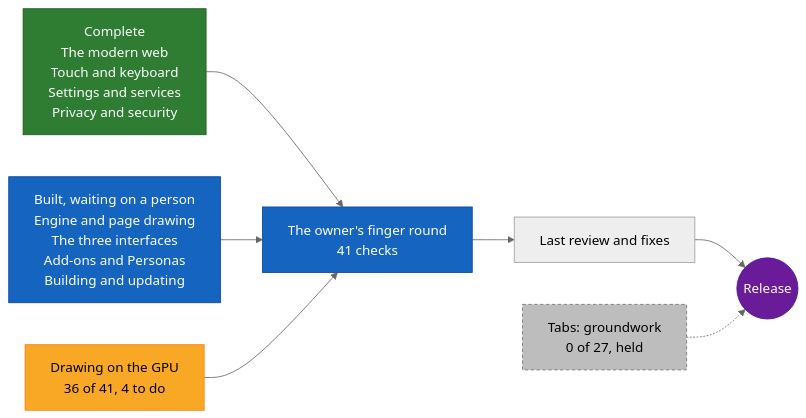
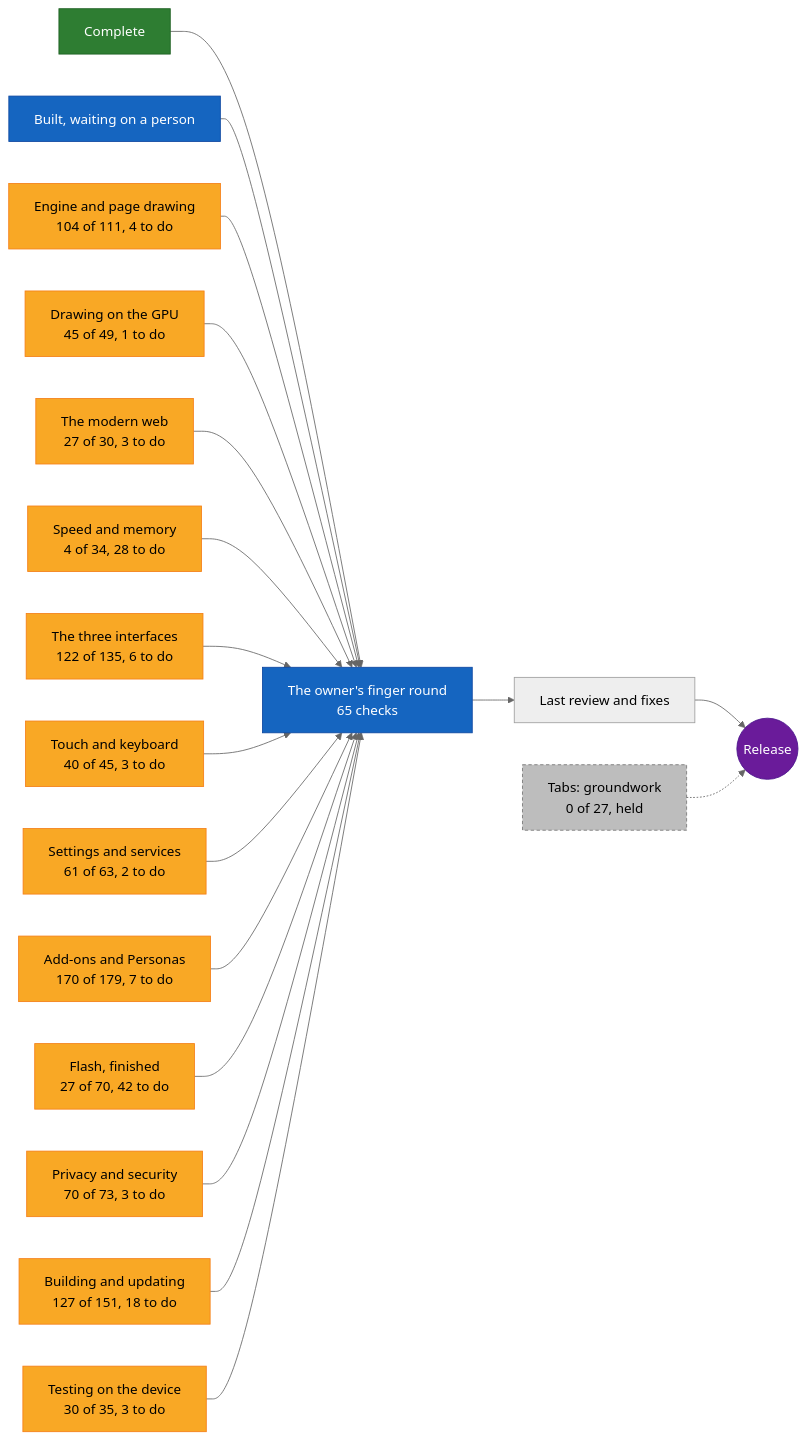
One commit to NotAlexNoyle/Jihad-Browser changed the diagram in README.md. Above: the diagram before and after it, drawn with Mermaid (neutral theme). The commit also changed other lines of this file and 97 other files, not shown here.

````diff
--- a/README.md
+++ b/README.md
@@ -62,21 +64,43 @@
 ```mermaid
 flowchart LR
-  nComplete["Complete<br/>The modern web<br/>Touch and keyboard<br/>Settings and services<br/>Privacy and security"]:::done
-  nWaiting["Built, waiting on a person<br/>Engine and page drawing<br/>The three interfaces<br/>Add-ons and Personas<br/>Building and updating"]:::owner
-  nWork0["Drawing on the GPU<br/>36 of 41, 4 to do"]:::doing
-  nFinger["The owner's finger round<br/>41 checks"]:::owner
+  nComplete["Complete<br/>"]:::done
+  nWaiting["Built, waiting on a person<br/>"]:::owner
+  nWork0["Engine and page drawing<br/>104 of 111, 4 to do"]:::doing
+  nWork1["Drawing on the GPU<br/>45 of 49, 1 to do"]:::doing
+  nWork2["The modern web<br/>27 of 30, 3 to do"]:::doing
+  nWork3["Speed and memory<br/>4 of 34, 28 to do"]:::doing
+  nWork4["The three interfaces<br/>122 of 135, 6 to do"]:::doing
+  nWork5["Touch and keyboard<br/>40 of 45, 3 to do"]:::doing
+  nWork6["Settings and services<br/>61 of 63, 2 to do"]:::doing
+  nWork7["Add-ons and Personas<br/>170 of 179, 7 to do"]:::doing
+  nWork8["Flash, finished<br/>27 of 70, 42 to do"]:::doing
+  nWork9["Privacy and security<br/>70 of 73, 3 to do"]:::doing
+  nWork10["Building and updating<br/>127 of 151, 18 to do"]:::doing
+  nWork11["Testing on the device<br/>30 of 35, 3 to do"]:::doing
+  nFinger["The owner's finger round<br/>65 checks"]:::owner
   nReview["Last review and fixes"]:::todo
   nRelease(("Release")):::goal
   nTabs["Tabs: groundwork<br/>0 of 27, held"]:::held
   nComplete --> nFinger
   nWaiting --> nFinger
   nWork0 --> nFinger
+  nWork1 --> nFinger
+  nWork2 --> nFinger
+  nWork3 --> nFinger
+  nWork4 --> nFinger
+  nWork5 --> nFinger
+  nWork6 --> nFinger
+  nWork7 --> nFinger
+  nWork8 --> nFinger
+  nWork9 --> nFinger
+  nWork10 --> nFinger
+  nWork11 --> nFinger
   nFinger --> nReview --> nRelease
   nTabs -.-> nRelease
   classDef done fill:#2e7d32,stroke:#1b5e20,color:#ffffff
   classDef doing fill:#f9a825,stroke:#f57f17,color:#000000
   classDef owner fill:#1565c0,stroke:#0d47a1,color:#ffffff
   classDef todo fill:#eeeeee,stroke:#9e9e9e,color:#000000
   classDef held fill:#bdbdbd,stroke:#757575,color:#000000,stroke-dasharray: 4 3
   classDef goal fill:#6a1b9a,stroke:#4a148c,color:#ffffff
 ```
````
